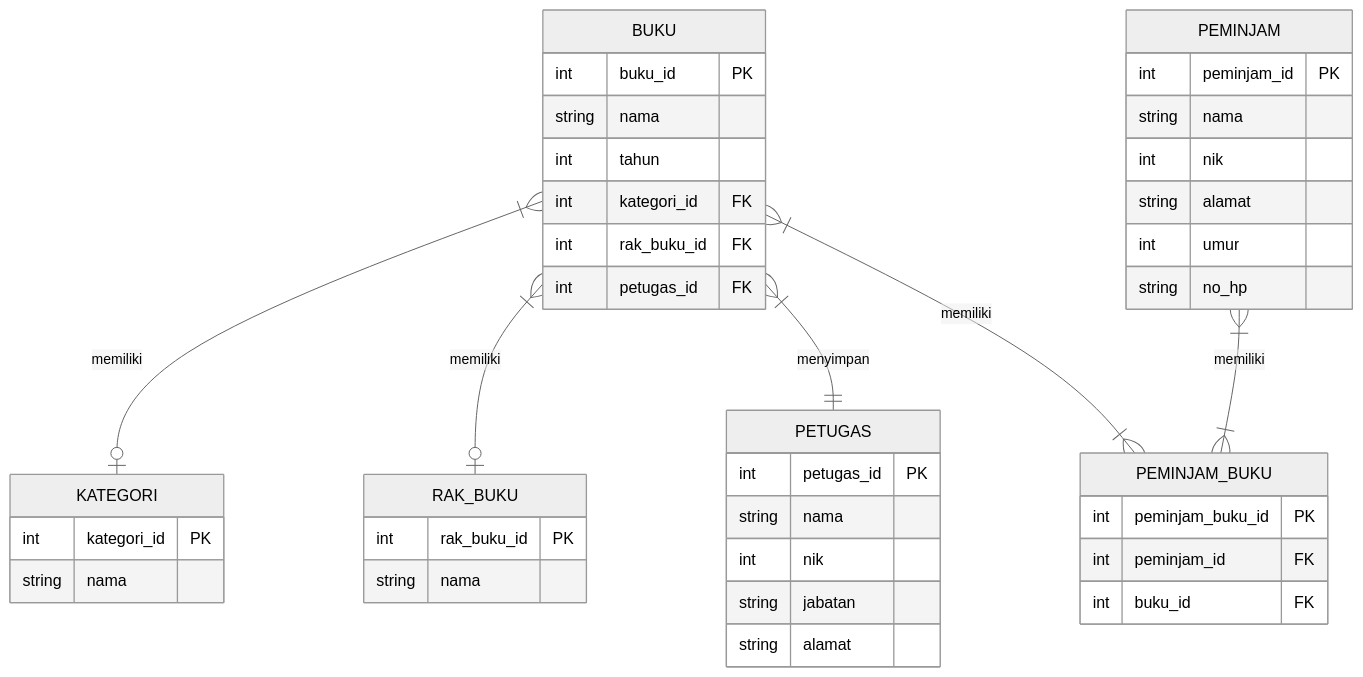
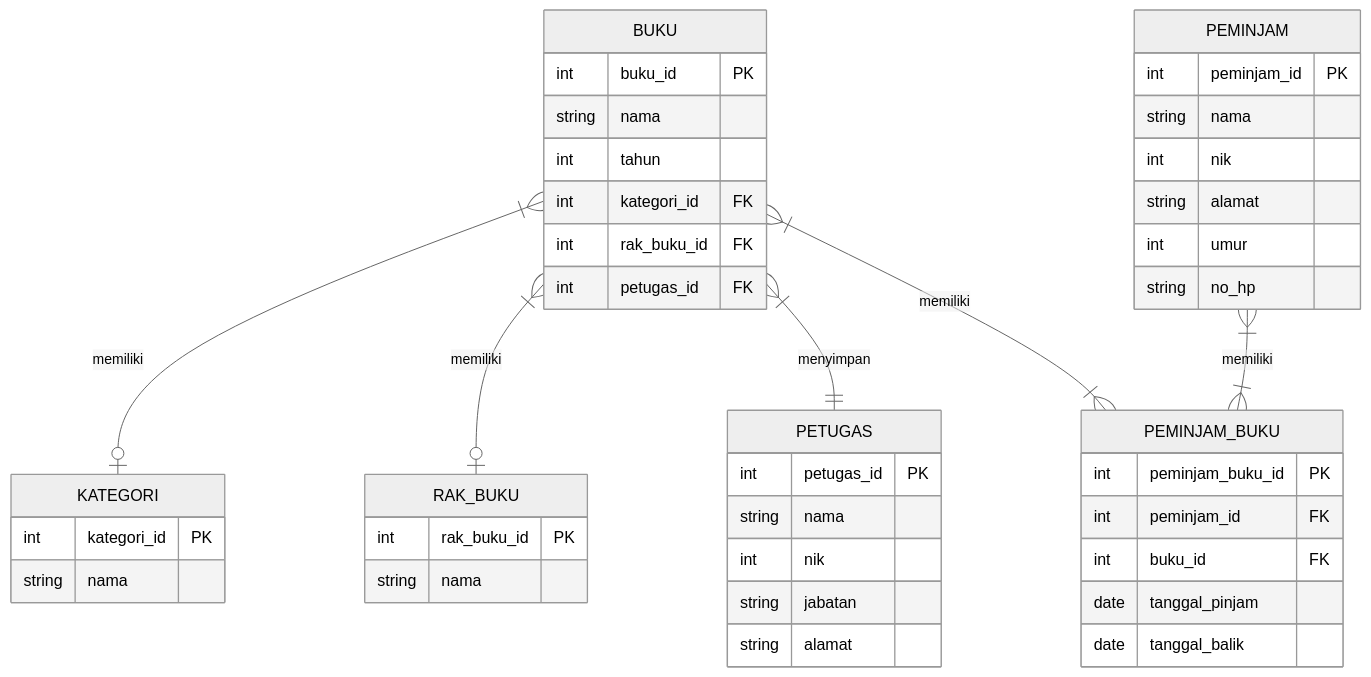
The diagram in koda-b1-db1-perpustakaan.md (rizallk/koda-b1-db1), drawn with Mermaid (neutral theme) before and after one commit.

Commit message:
feat: add tanggal_pinjam & tanggal_balik fields

````diff
--- a/koda-b1-db1-perpustakaan.md
+++ b/koda-b1-db1-perpustakaan.md
@@ -3,45 +3,47 @@
 ```mermaid
 erDiagram
   BUKU {
     int buku_id PK
     string nama
     int tahun
     int kategori_id FK
     int rak_buku_id FK
     int petugas_id FK
   }
   KATEGORI {
     int kategori_id PK
     string nama
   }
   RAK_BUKU {
     int rak_buku_id PK
     string nama
   }
   PETUGAS {
     int petugas_id PK
     string nama
     int nik
     string jabatan
     string alamat
   }
   PEMINJAM {
     int peminjam_id PK
     string nama
     int nik
     string alamat
     int umur
     string no_hp
   }
   PEMINJAM_BUKU {
     int peminjam_buku_id PK
     int peminjam_id FK
     int buku_id FK
+    date tanggal_pinjam
+    date tanggal_balik
   }
 
   BUKU }| -- o| KATEGORI : memiliki
   BUKU }| -- o| RAK_BUKU : memiliki
   BUKU }| -- || PETUGAS : menyimpan
   BUKU }| -- |{ PEMINJAM_BUKU : memiliki
   PEMINJAM }| -- |{ PEMINJAM_BUKU : memiliki
 ```
````
